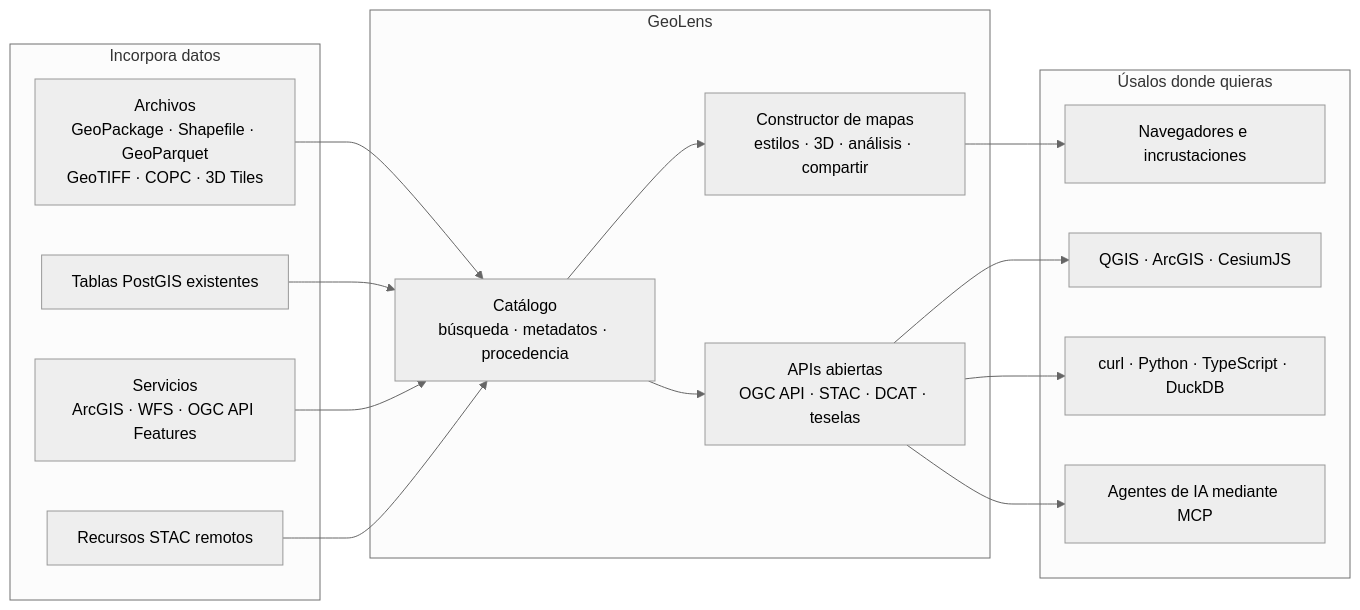
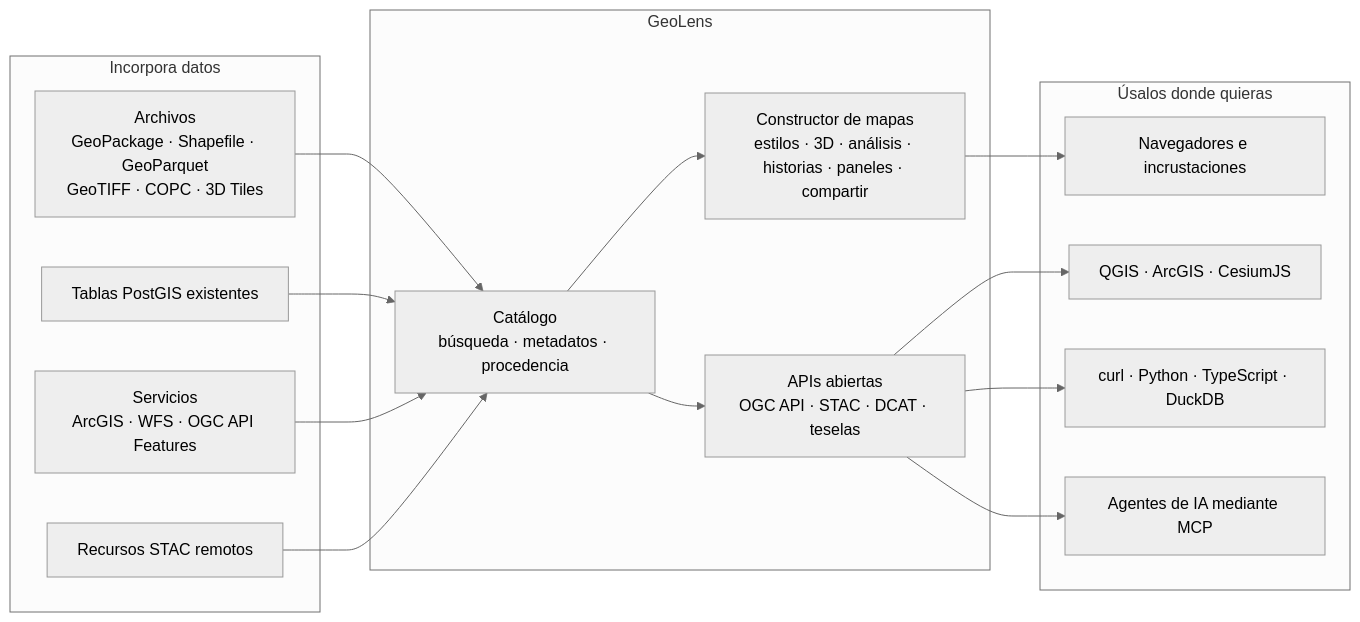
The diagram in README.es.md (geolens-io/geolens), drawn with Mermaid (neutral theme) before and after one commit. The commit also changed other lines of this file and 11 other files, not shown here.

````diff
--- a/README.es.md
+++ b/README.es.md
@@ -143,23 +143,23 @@
 ```mermaid
 flowchart LR
     subgraph IN ["Incorpora datos"]
       F["Archivos<br/>GeoPackage · Shapefile · GeoParquet<br/>GeoTIFF · COPC · 3D Tiles"]
       DB["Tablas PostGIS existentes"]
       SVC["Servicios<br/>ArcGIS · WFS · OGC API Features"]
       ST["Recursos STAC remotos"]
     end
     subgraph GL ["GeoLens"]
       CAT["Catálogo<br/>búsqueda · metadatos · procedencia"]
-      MB["Constructor de mapas<br/>estilos · 3D · análisis · compartir"]
+      MB["Constructor de mapas<br/>estilos · 3D · análisis · historias · paneles · compartir"]
       STD["APIs abiertas<br/>OGC API · STAC · DCAT · teselas"]
     end
     subgraph OUT ["Úsalos donde quieras"]
       WEB["Navegadores e incrustaciones"]
       GIS["QGIS · ArcGIS · CesiumJS"]
       CODE["curl · Python · TypeScript · DuckDB"]
       AG["Agentes de IA mediante MCP"]
     end
     F & DB & SVC & ST --> CAT
     CAT --> MB --> WEB
     CAT --> STD --> GIS & CODE & AG
 ```
````
